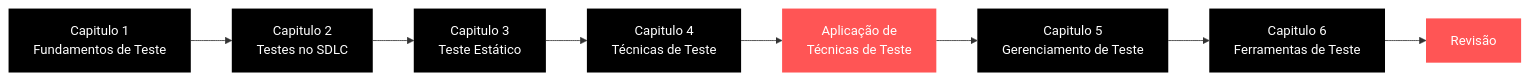
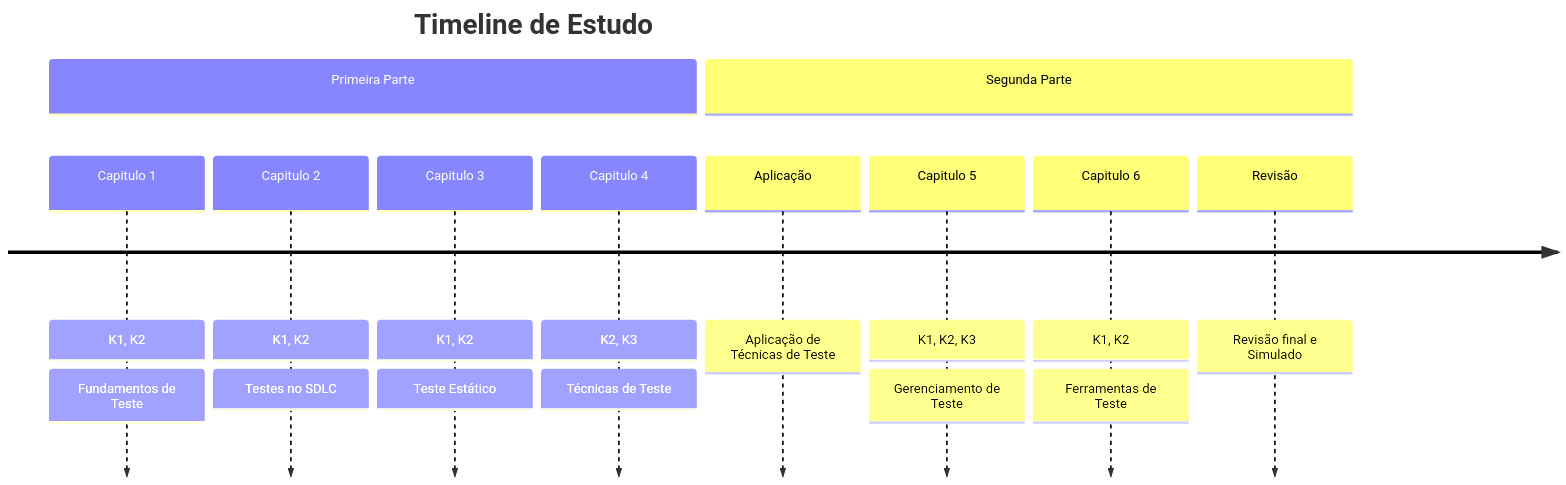
The diagram in docs/istqb/ctfl/README.mdx (GabriOliv/garden), drawn with Mermaid before and after one commit. The commit also changed other lines of this file and 12 other files, not shown here.

````diff
--- a/docs/istqb/ctfl/README.mdx
+++ b/docs/istqb/ctfl/README.mdx
@@ -27,18 +30,28 @@
 ```mermaid
-%%{init:{'flowchart':{'useMaxWidth':'true'}}}%%
-flowchart LR
-	classDef node fill:#000F,color:#FFFF,stroke:#0000;
-	classDef exec fill:#F55;
-
-	A[Capitulo 1<br>Fundamentos de Teste]
-	B[Capitulo 2<br>Testes no SDLC]
-	C[Capitulo 3<br>Teste Estático]
-	D[Capitulo 4<br>Técnicas de Teste]
-	E[Capitulo 5<br>Gerenciamento de Teste]
-	F[Capitulo 6<br>Ferramentas de Teste]
-
-	R1[Aplicação de<br>Técnicas de Teste]:::exec
-	R2[Revisão]:::exec
-
-	A --> B --> C --> D --> R1 --> E --> F --> R2
+timeline
+	title Timeline de Estudo
+	section Primeira Parte
+		Capitulo 1
+			: K1, K2
+			: Fundamentos de Teste
+		Capitulo 2
+			: K1, K2
+			: Testes no SDLC
+		Capitulo 3
+			: K1, K2
+			: Teste Estático
+		Capitulo 4
+			: K2, K3
+			: Técnicas de Teste
+	section Segunda Parte
+		Aplicação
+			: Aplicação de Técnicas de Teste
+		Capitulo 5
+			: K1, K2, K3
+			: Gerenciamento de Teste
+		Capitulo 6
+			: K1, K2
+			: Ferramentas de Teste
+		Revisão
+			: Revisão final e Simulado
 ```
````
